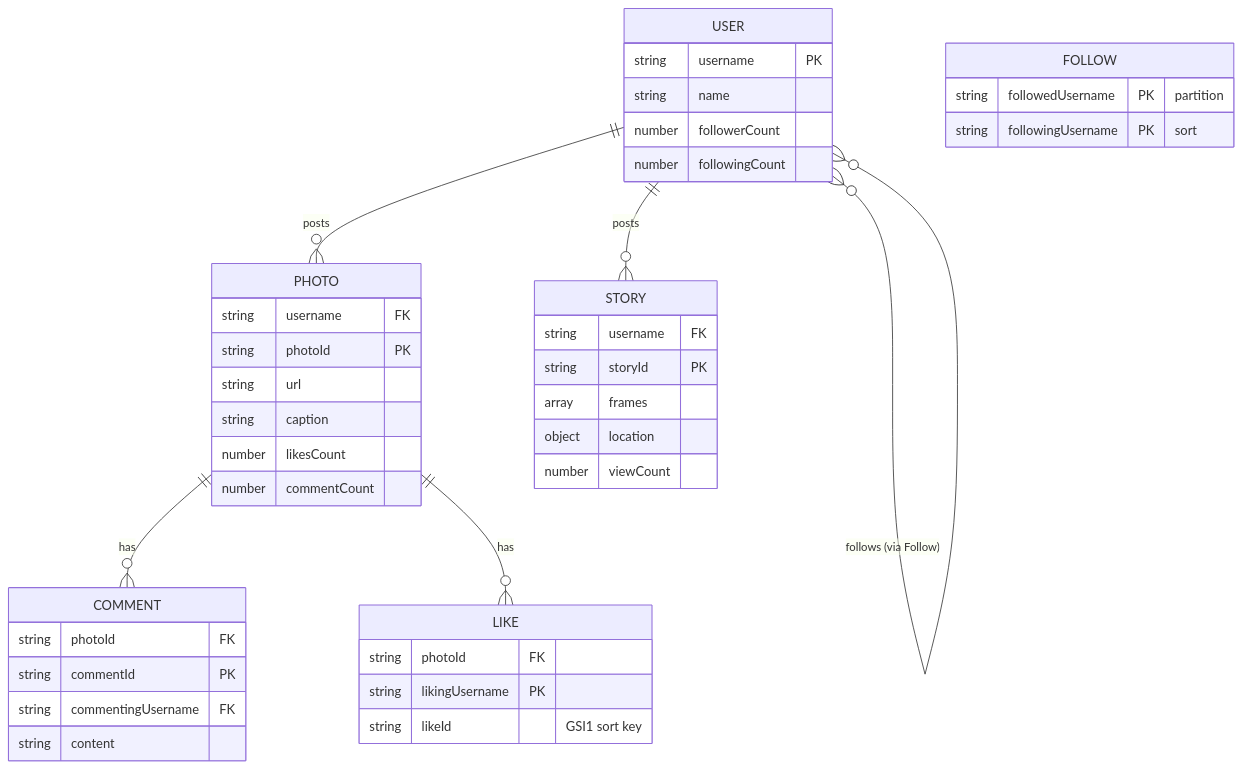
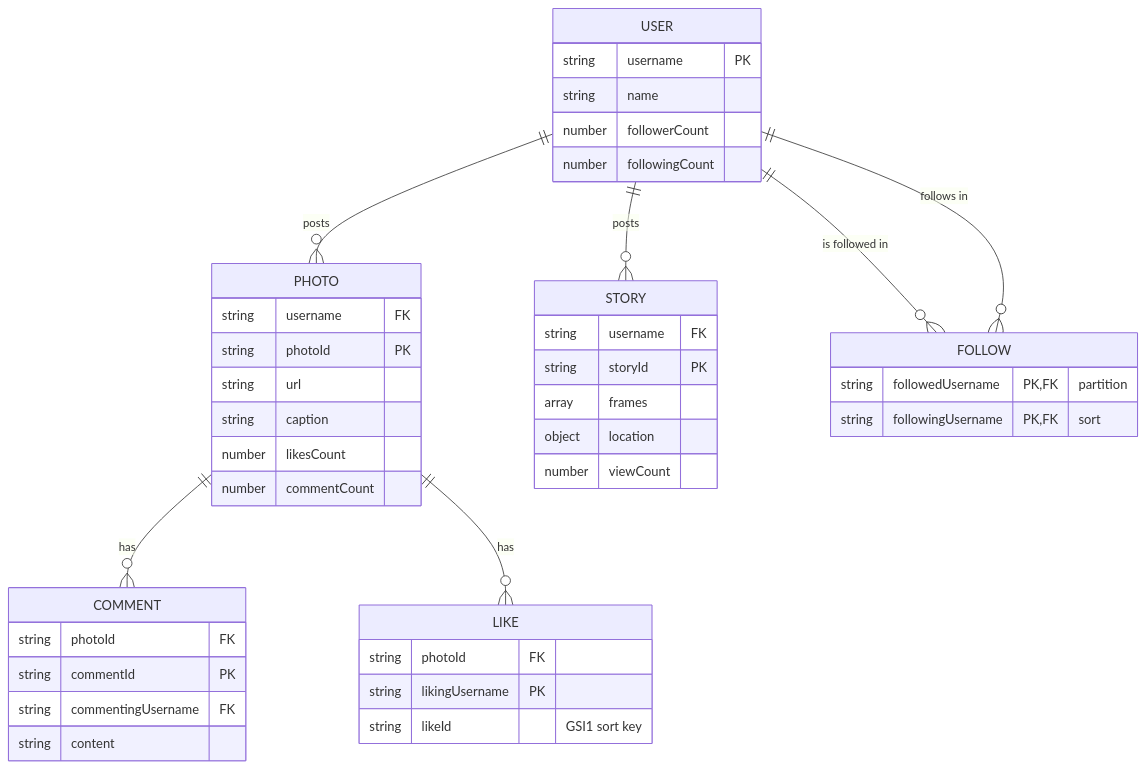
The diagram in apps/docs/docs/examples/instagram-clone.md (ftschopp/dynatable), drawn with Mermaid before and after one commit. The commit also changed other lines of this file, not shown here.

Commit message:
docs(instagram-clone): model Follow as a join entity in ER diagram
The previous ER used USER }o--o{ USER for the follow relationship, which
rendered as a self-loop and left the FOLLOW entity floating disconnected
on the right side of the diagram.

Replace with two USER ||--o{ FOLLOW relationships ("is followed in" /
"follows in") so FOLLOW connects visually as the join table it is, and
mark its columns as PK,FK to make the foreign keys to USER explicit.

````diff
--- a/apps/docs/docs/examples/instagram-clone.md
+++ b/apps/docs/docs/examples/instagram-clone.md
@@ -13,45 +13,46 @@
 ```mermaid
 erDiagram
-    USER   ||--o{ PHOTO   : "posts"
-    USER   ||--o{ STORY   : "posts"
-    PHOTO  ||--o{ COMMENT : "has"
-    PHOTO  ||--o{ LIKE    : "has"
-    USER   }o--o{ USER    : "follows (via Follow)"
+    USER  ||--o{ PHOTO   : "posts"
+    USER  ||--o{ STORY   : "posts"
+    PHOTO ||--o{ COMMENT : "has"
+    PHOTO ||--o{ LIKE    : "has"
+    USER  ||--o{ FOLLOW  : "is followed in"
+    USER  ||--o{ FOLLOW  : "follows in"
 
     USER {
         string username PK
         string name
         number followerCount
         number followingCount
     }
     PHOTO {
         string username FK
         string photoId PK
         string url
         string caption
         number likesCount
         number commentCount
     }
     STORY {
         string username FK
         string storyId PK
         array  frames
         object location
         number viewCount
     }
     COMMENT {
         string photoId FK
         string commentId PK
         string commentingUsername FK
         string content
     }
     LIKE {
         string photoId FK
         string likingUsername PK
         string likeId "GSI1 sort key"
     }
     FOLLOW {
-        string followedUsername PK "partition"
-        string followingUsername PK "sort"
+        string followedUsername  PK,FK "partition"
+        string followingUsername PK,FK "sort"
     }
 ```
````
